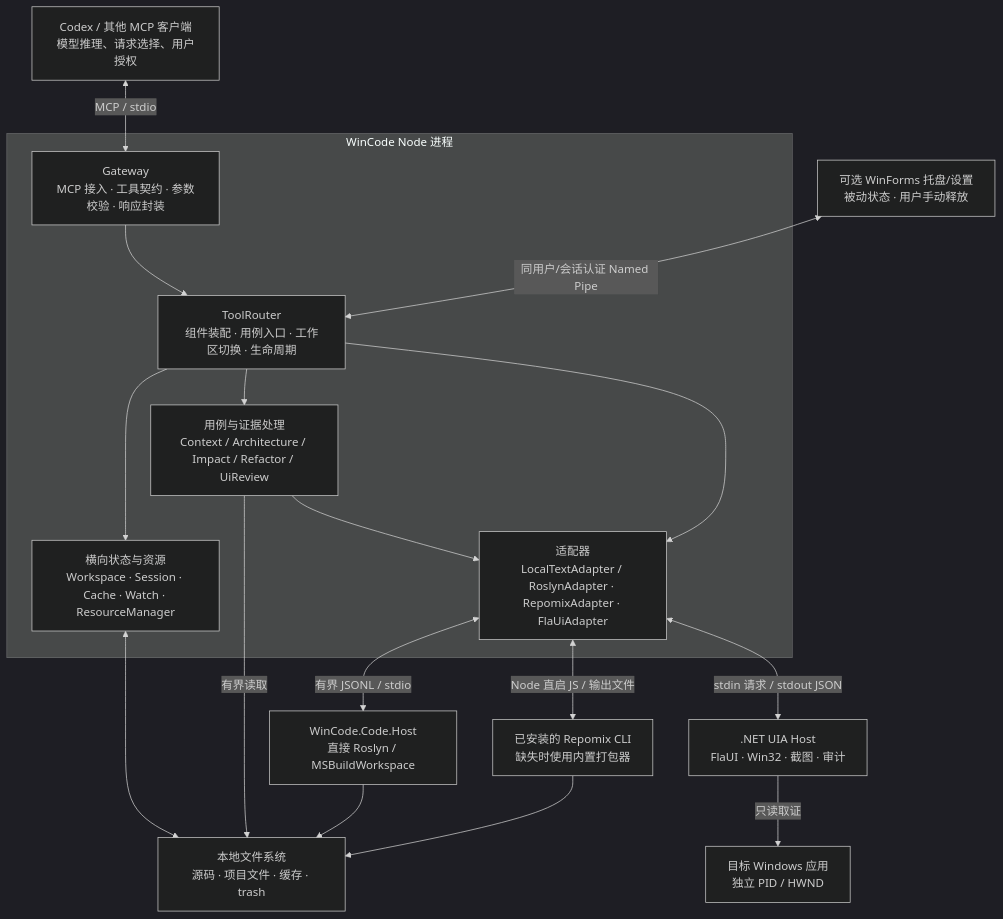
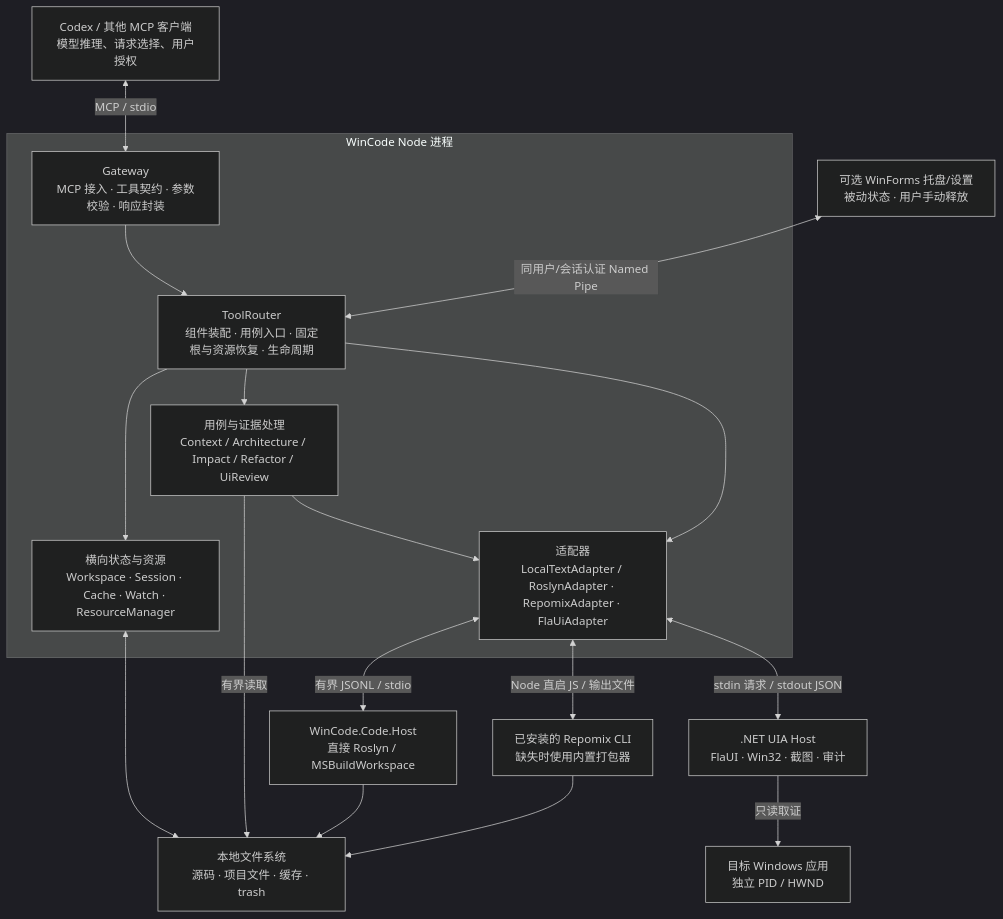
One commit to linnnn89/WinCode changed the first of 5 diagrams in WinCode-架构与数据流说明.md. Above: the diagram before and after it, drawn with Mermaid (dark theme). The commit also changed other lines of this file and 83 other files, not shown here.

````diff
--- a/WinCode-架构与数据流说明.md
+++ b/WinCode-架构与数据流说明.md
@@ -13,26 +15,26 @@
 ```mermaid
 flowchart TB
   Client["Codex / 其他 MCP 客户端\n模型推理、请求选择、用户授权"]
   subgraph Node["WinCode Node 进程"]
     Gate["Gateway\nMCP 接入 · 工具契约 · 参数校验 · 响应封装"]
-    Router["ToolRouter\n组件装配 · 用例入口 · 工作区切换 · 生命周期"]
+    Router["ToolRouter\n组件装配 · 用例入口 · 固定根与资源恢复 · 生命周期"]
     Use["用例与证据处理\nContext / Architecture / Impact / Refactor / UiReview"]
     State["横向状态与资源\nWorkspace · Session · Cache · Watch · ResourceManager"]
     Adapters["适配器\nLocalTextAdapter / RoslynAdapter · RepomixAdapter · FlaUiAdapter"]
     Gate --> Router
     Router --> Use
     Router --> State
     Use --> Adapters
     Router --> Adapters
   end
   Client <-->|"MCP / stdio"| Gate
   Adapters <-->|"有界 JSONL / stdio"| CodeHost["WinCode.Code.Host\n直接 Roslyn / MSBuildWorkspace"]
   Adapters <-->|"Node 直启 JS / 输出文件"| Repomix["已安装的 Repomix CLI\n缺失时使用内置打包器"]
   Adapters <-->|"stdin 请求 / stdout JSON"| Host[".NET UIA Host\nFlaUI · Win32 · 截图 · 审计"]
   Host -->|"只读取证"| App["目标 Windows 应用\n独立 PID / HWND"]
   State <--> Disk["本地文件系统\n源码 · 项目文件 · 缓存 · trash"]
   Tray["可选 WinForms 托盘/设置\n被动状态 · 用户手动释放"] <-->|"同用户/会话认证 Named Pipe"| Router
   Use -->|"有界读取"| Disk
   CodeHost --> Disk
   Repomix --> Disk
 ```
````
